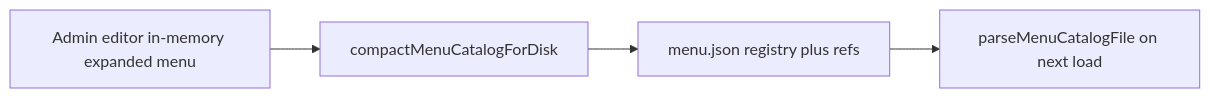
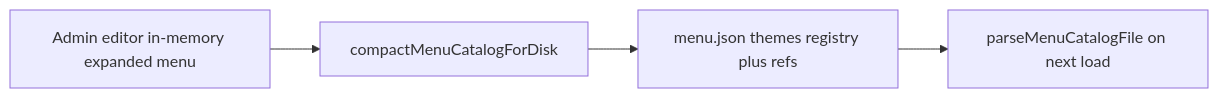
One commit to kilogold/RicoS-Menu changed the third of 3 diagrams in SPEC.md. Above: the diagram before and after it, drawn with Mermaid. The commit also changed other lines of this file and 2 other files, not shown here.

First line of the commit message:
Add required themes to menu catalog for storefront grouping.

````diff
--- a/SPEC.md
+++ b/SPEC.md
@@ -167,10 +193,10 @@
 ```mermaid
 flowchart LR
   editor[Admin editor in-memory expanded menu]
   compact[compactMenuCatalogForDisk]
-  disk[menu.json registry plus refs]
+  disk[menu.json themes registry plus refs]
   parseAgain[parseMenuCatalogFile on next load]
 
   editor --> compact --> disk
   disk --> parseAgain
 ```
````
